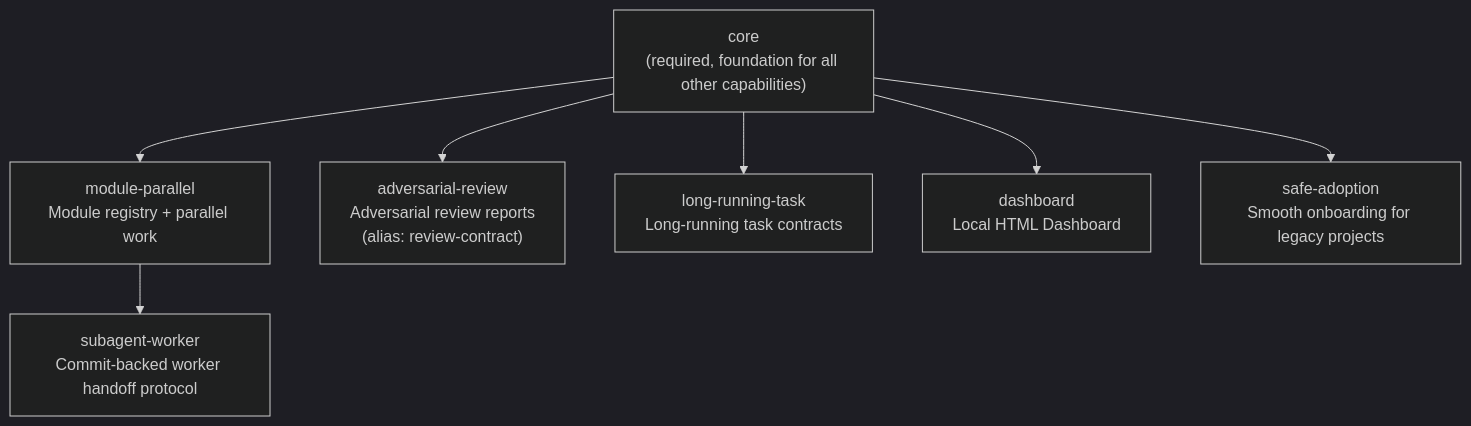
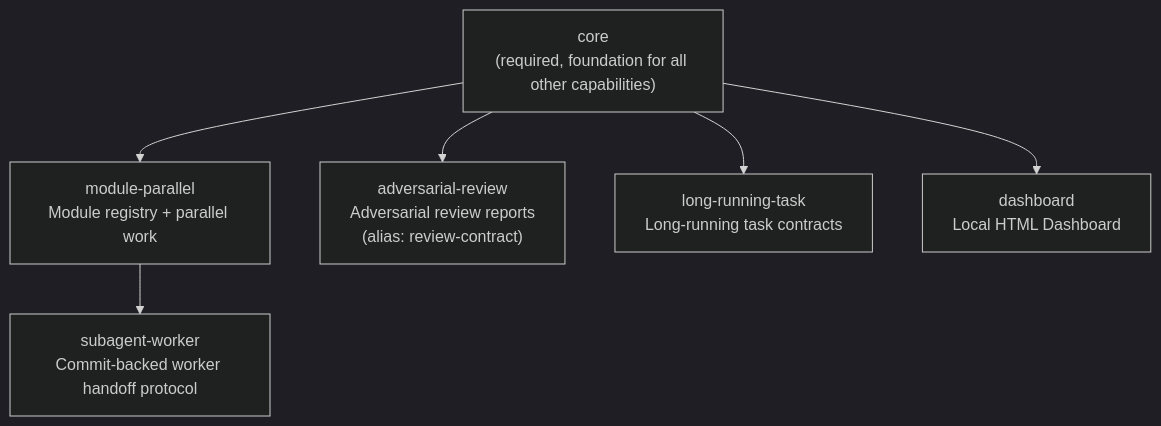
Before and after one commit to FairladyZ625/coding-agent-harness: the tenth of 10 diagrams in docs-release/architecture/system-explainer/en-US/06-preset-and-migration.md, drawn with Mermaid (dark theme). The commit also changed other lines of this file and 120 other files, not shown here.

````diff
--- a/docs-release/architecture/system-explainer/en-US/06-preset-and-migration.md
+++ b/docs-release/architecture/system-explainer/en-US/06-preset-and-migration.md
@@ -220,12 +220,10 @@
 ```mermaid
 flowchart TD
   Core["core\n(required, foundation for all other capabilities)"]
 
   Core --> ModParallel["module-parallel\nModule registry + parallel work"]
   Core --> AdvReview["adversarial-review\nAdversarial review reports\n(alias: review-contract)"]
   Core --> LongRunning["long-running-task\nLong-running task contracts"]
   Core --> Dashboard["dashboard\nLocal HTML Dashboard"]
-  Core --> SafeAdoption["safe-adoption\nSmooth onboarding for legacy projects"]
-
   ModParallel --> SubagentWorker["subagent-worker\nCommit-backed worker handoff protocol"]
 ```
````
